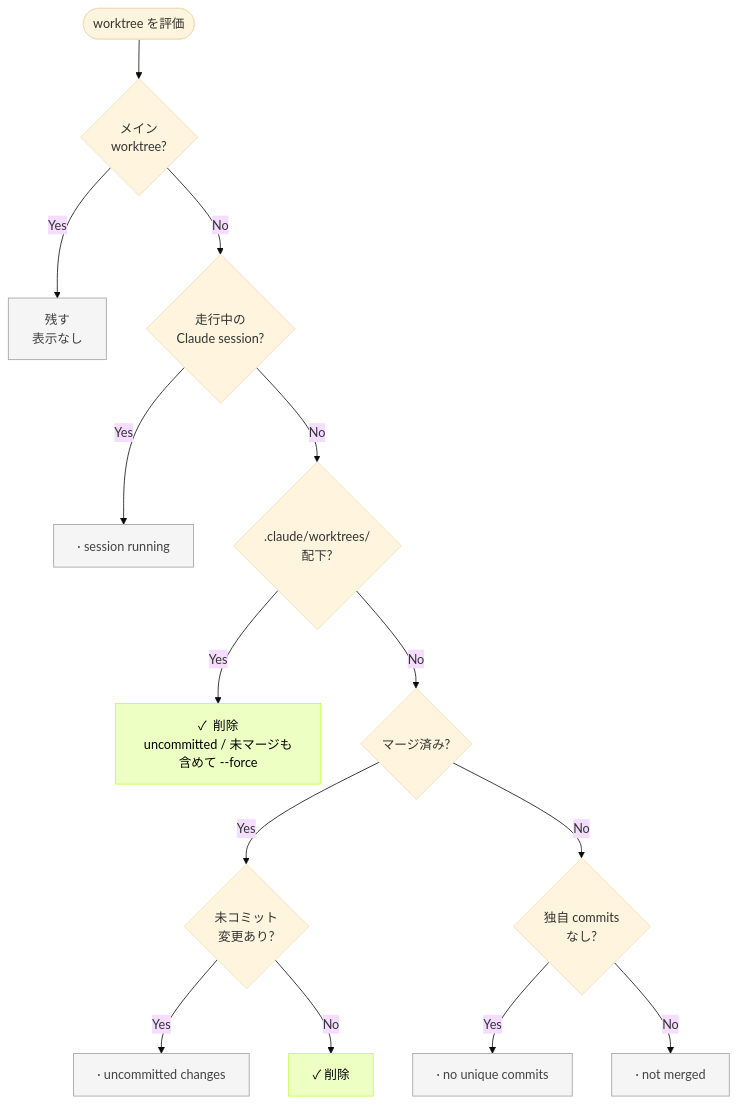
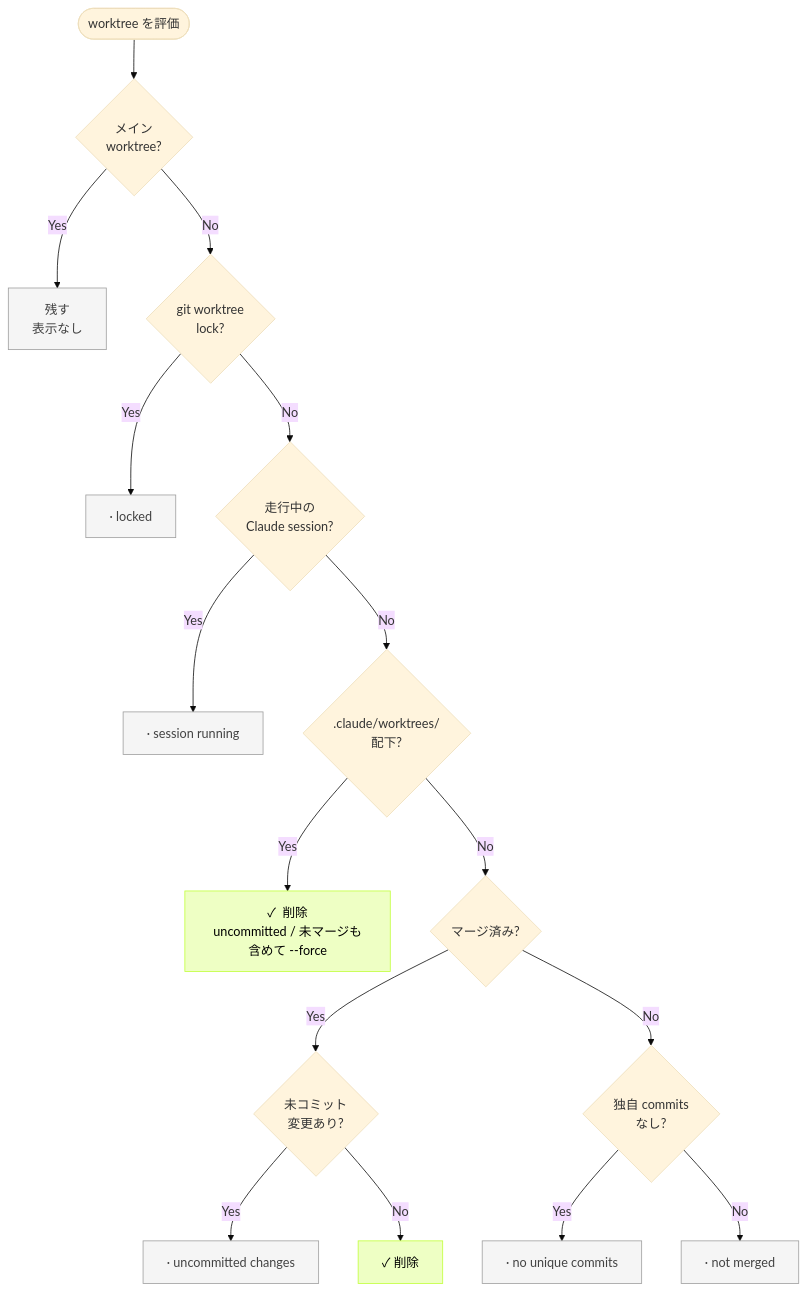
Before and after one commit to nozomiishii/git-harvest: the first of 2 diagrams in README.ja.md, drawn with Mermaid (base theme). The commit also changed other lines of this file and 4 other files, not shown here.

Commit message:
fix: handle git worktree lock (protect by default, force-remove with --all) (#157)

````diff
--- a/README.ja.md
+++ b/README.ja.md
@@ -138,20 +138,22 @@
 ```mermaid
 flowchart TD
     Start([worktree を評価]) --> Main{メイン<br/>worktree?}
     Main -->|Yes| KeepMain[残す<br/>表示なし]
-    Main -->|No| Running{走行中の<br/>Claude session?}
+    Main -->|No| Locked{git worktree<br/>lock?}
+    Locked -->|Yes| KeepLocked["·  locked"]
+    Locked -->|No| Running{走行中の<br/>Claude session?}
     Running -->|Yes| KeepRunning["·  session running"]
     Running -->|No| ManagedPath{.claude/worktrees/<br/>配下?}
     ManagedPath -->|Yes| DeleteManaged["✓  削除<br/>uncommitted / 未マージも含めて --force"]
     ManagedPath -->|No| Merged{マージ済み?}
     Merged -->|Yes| Uncommitted{未コミット<br/>変更あり?}
     Uncommitted -->|Yes| KeepUncommitted["·  uncommitted changes"]
     Uncommitted -->|No| DeleteMerged["✓  削除"]
     Merged -->|No| NoUnique{独自 commits<br/>なし?}
     NoUnique -->|Yes| KeepNoUnique["·  no unique commits"]
     NoUnique -->|No| KeepNotMerged["·  not merged"]
     classDef keep fill:#f5f5f5,stroke:#9e9e9e,color:#424242
     classDef delete fill:#eeffc4,stroke:#C0FF39,color:#000
-    class KeepMain,KeepRunning,KeepUncommitted,KeepNoUnique,KeepNotMerged keep
+    class KeepMain,KeepLocked,KeepRunning,KeepUncommitted,KeepNoUnique,KeepNotMerged keep
     class DeleteManaged,DeleteMerged delete
 ```
````
